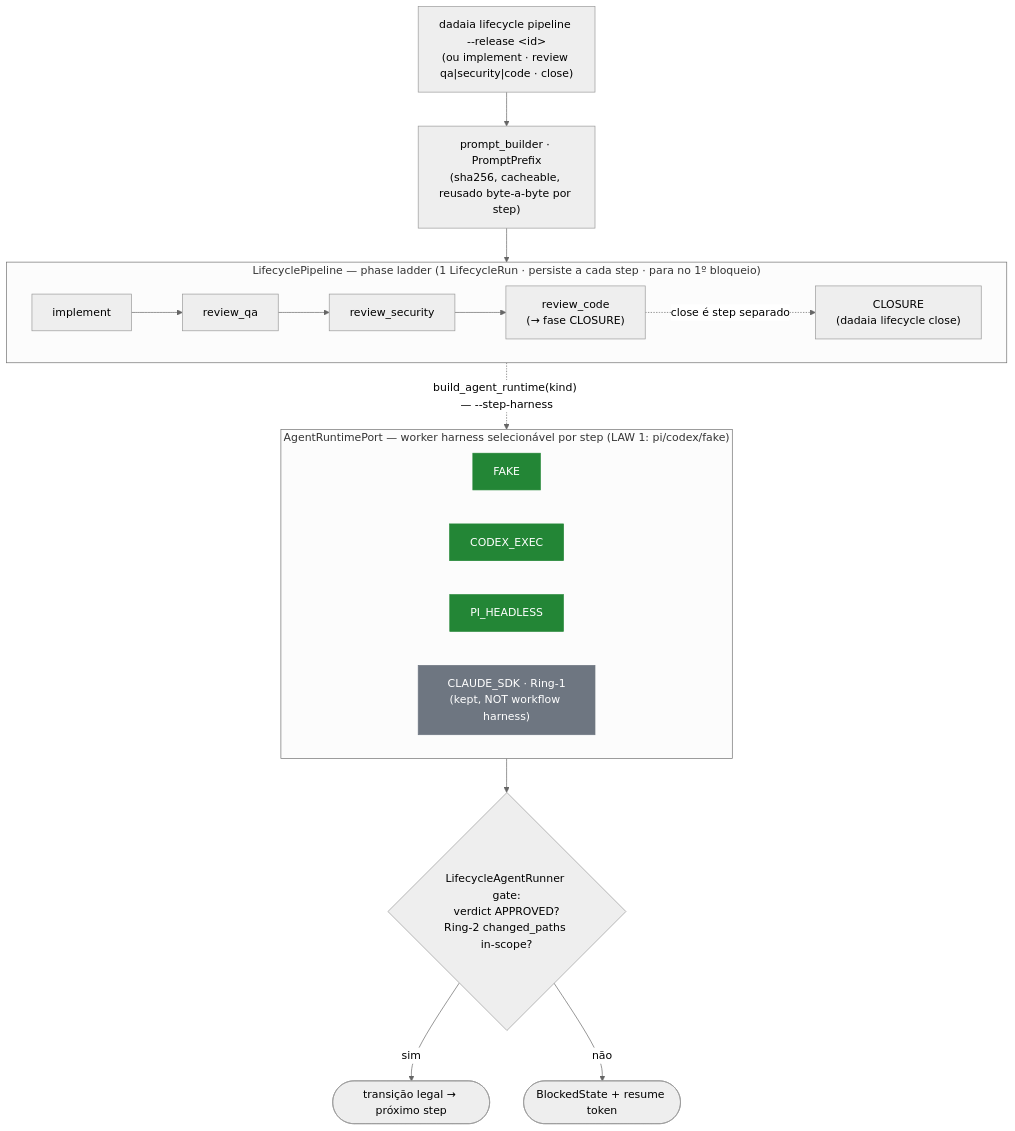
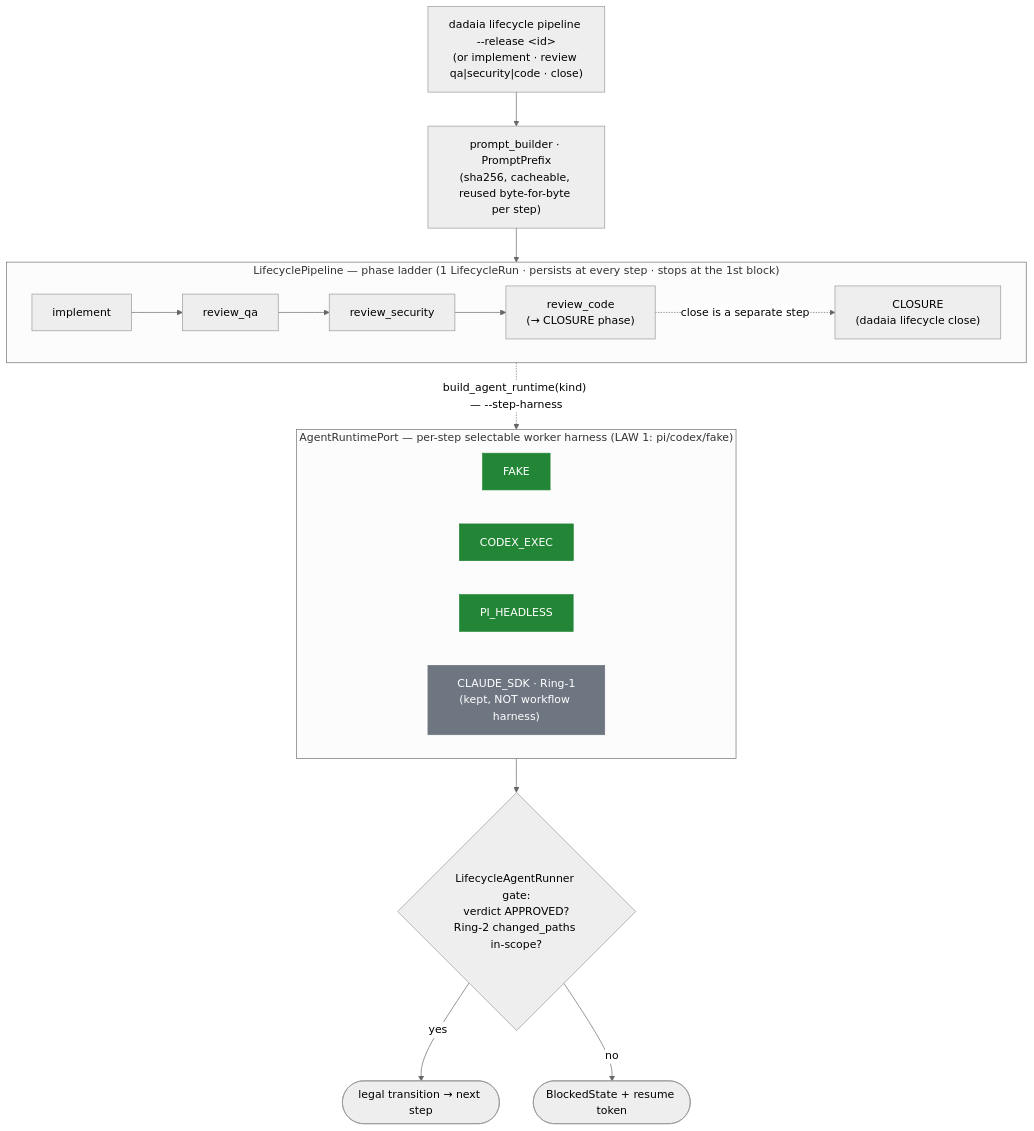
Before and after one commit to marcoaureliomenezes/dadaia-workspace: the diagram in specs/memory/product/sdd/lifecycle-foundation.md, drawn with Mermaid (neutral theme). The commit also changed other lines of this file and 31 other files, not shown here.

````diff
--- a/specs/memory/product/sdd/lifecycle-foundation.md
+++ b/specs/memory/product/sdd/lifecycle-foundation.md
@@ -54,24 +54,24 @@
 ```mermaid
 flowchart TB
-    OP["dadaia lifecycle pipeline --release &lt;id&gt;<br/>(ou implement · review qa|security|code · close)"]
-    OP --> PB["prompt_builder · PromptPrefix<br/>(sha256, cacheable, reusado byte-a-byte por step)"]
+    OP["dadaia lifecycle pipeline --release &lt;id&gt;<br/>(or implement · review qa|security|code · close)"]
+    OP --> PB["prompt_builder · PromptPrefix<br/>(sha256, cacheable, reused byte-for-byte per step)"]
     PB --> LAD
-    subgraph LAD["LifecyclePipeline — phase ladder (1 LifecycleRun · persiste a cada step · para no 1º bloqueio)"]
+    subgraph LAD["LifecyclePipeline — phase ladder (1 LifecycleRun · persists at every step · stops at the 1st block)"]
         direction LR
-        I["implement"] --> Q["review_qa"] --> S["review_security"] --> C["review_code<br/>(→ fase CLOSURE)"]
-        C -.->|"close é step separado"| CLp["CLOSURE<br/>(dadaia lifecycle close)"]
+        I["implement"] --> Q["review_qa"] --> S["review_security"] --> C["review_code<br/>(→ CLOSURE phase)"]
+        C -.->|"close is a separate step"| CLp["CLOSURE<br/>(dadaia lifecycle close)"]
     end
     LAD -.->|"build_agent_runtime(kind) — --step-harness"| RT
-    subgraph RT["AgentRuntimePort — worker harness selecionável por step (LAW 1: pi/codex/fake)"]
+    subgraph RT["AgentRuntimePort — per-step selectable worker harness (LAW 1: pi/codex/fake)"]
         direction LR
         FK["FAKE"]:::w
         CXk["CODEX_EXEC"]:::w
         PIk["PI_HEADLESS"]:::w
         CLk["CLAUDE_SDK · Ring-1<br/>(kept, NOT workflow harness)"]:::x
     end
     RT --> GATE{"LifecycleAgentRunner gate:<br/>verdict APPROVED?<br/>Ring-2 changed_paths in-scope?"}
-    GATE -->|sim| NEXT(["transição legal → próximo step"])
-    GATE -->|não| BLK(["BlockedState + resume token"])
+    GATE -->|yes| NEXT(["legal transition → next step"])
+    GATE -->|no| BLK(["BlockedState + resume token"])
     classDef w fill:#238636,color:#fff,stroke:#238636;
     classDef x fill:#6e7681,color:#fff,stroke:#6e7681;
 ```
````
